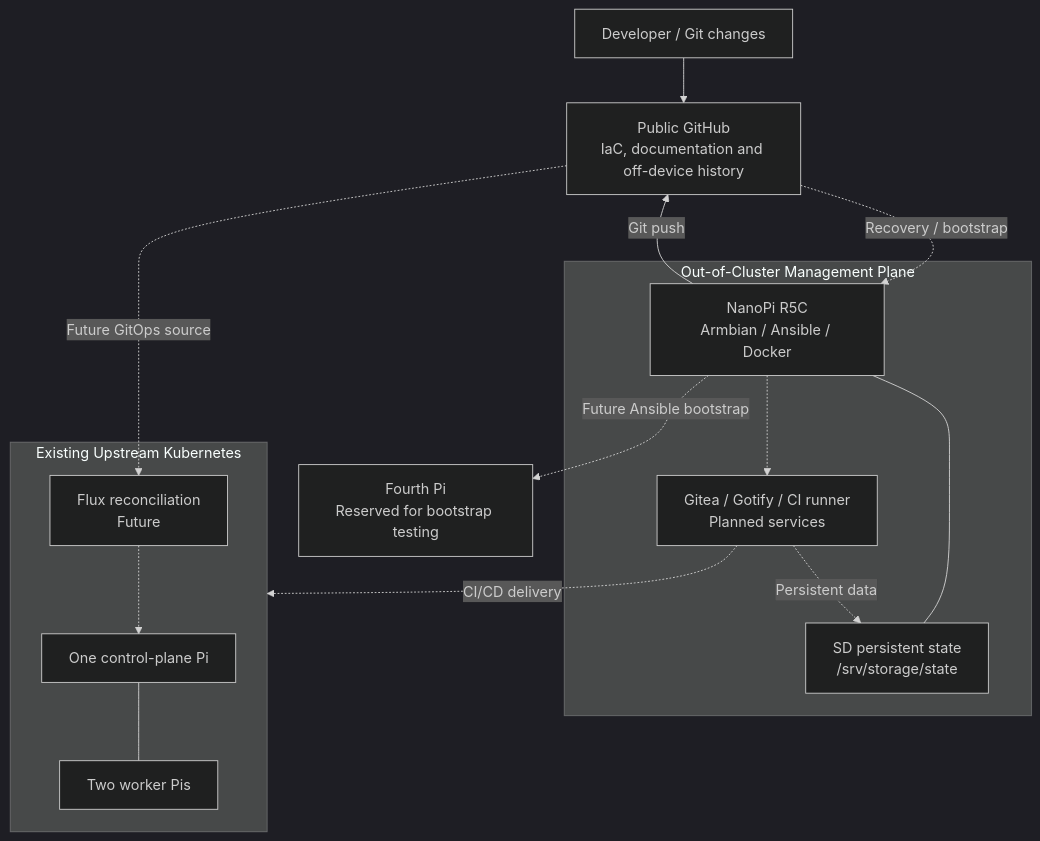
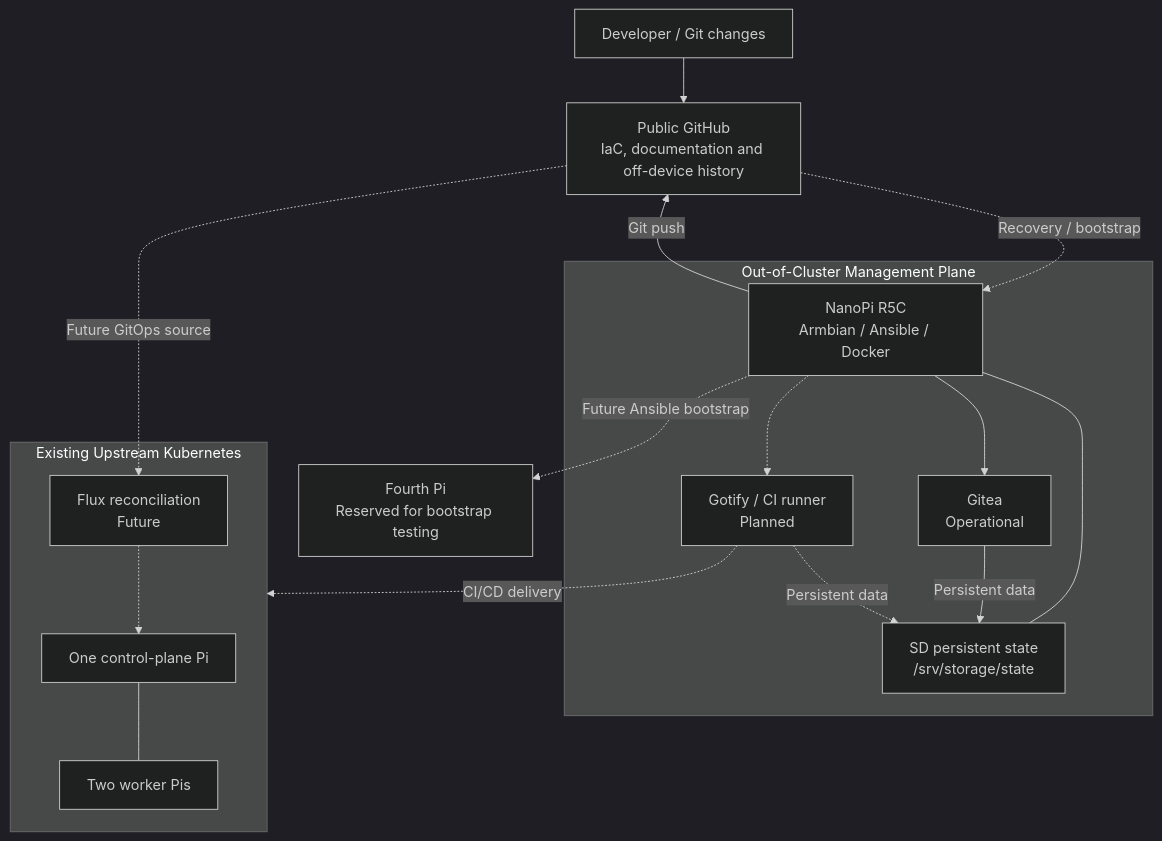
One commit to ctalaveraw/arm-homelab-platform changed the diagram in README.md. Above: the diagram before and after it, drawn with Mermaid (dark theme). The commit also changed other lines of this file and 8 other files, not shown here.

Commit message:
feat(gitea): deploy persistent mount-guarded Git service

````diff
--- a/README.md
+++ b/README.md
@@ -46,35 +46,38 @@
 ```mermaid
 flowchart TB
 
     DEV["Developer / Git changes"]
     GH["Public GitHub<br/>IaC, documentation and off-device history"]
 
     subgraph MGMT["Out-of-Cluster Management Plane"]
         R5C["NanoPi R5C<br/>Armbian / Ansible / Docker"]
-        SVC["Gitea / Gotify / CI runner<br/>Planned services"]
+        GITEA["Gitea<br/>Operational"]
+        FUTURE["Gotify / CI runner<br/>Planned"]
         SD["SD persistent state<br/>/srv/storage/state"]
 
         R5C --- SD
-        R5C -.-> SVC
-        SVC -.->|"Persistent data"| SD
+        R5C --> GITEA
+        R5C -.-> FUTURE
+        GITEA -->|"Persistent data"| SD
+        FUTURE -.->|"Persistent data"| SD
     end
 
     subgraph COMPUTE["Existing Upstream Kubernetes"]
         CP["One control-plane Pi"]
         WK["Two worker Pis"]
         FLUX["Flux reconciliation<br/>Future"]
 
         CP --- WK
         FLUX -.-> CP
     end
 
     SPARE["Fourth Pi<br/>Reserved for bootstrap testing"]
 
     DEV --> GH
     R5C -->|"Git push"| GH
     GH -.->|"Recovery / bootstrap"| R5C
 
-    SVC -.->|"CI/CD delivery"| COMPUTE
+    FUTURE -.->|"CI/CD delivery"| COMPUTE
     GH -.->|"Future GitOps source"| FLUX
     R5C -.->|"Future Ansible bootstrap"| SPARE
 ```
````
